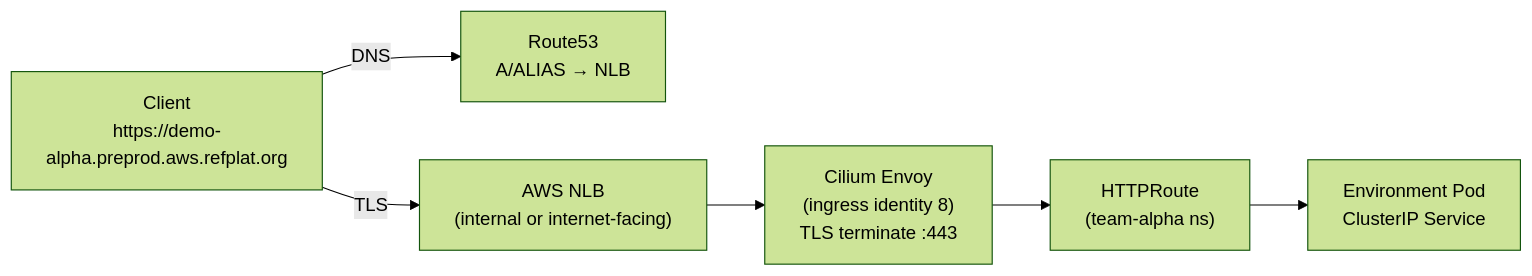
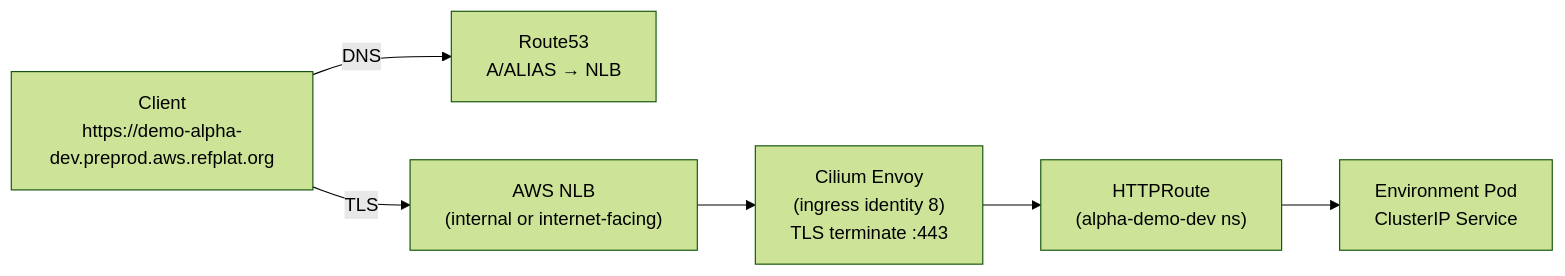
One commit to asanexample/platform changed the diagram in docs/architecture/gateway-and-ingress.md. Above: the diagram before and after it, drawn with Mermaid (forest theme). The commit also changed other lines of this file and 34 other files, not shown here.

````diff
--- a/docs/architecture/gateway-and-ingress.md
+++ b/docs/architecture/gateway-and-ingress.md
@@ -15,12 +15,12 @@
 ```mermaid
 flowchart LR
-    Client["Client<br/>https://demo-alpha.preprod.aws.refplat.org"]
+    Client["Client<br/>https://demo-alpha-dev.preprod.aws.refplat.org"]
     R53["Route53<br/>A/ALIAS → NLB"]
     NLB["AWS NLB<br/>(internal or internet-facing)"]
     Envoy["Cilium Envoy<br/>(ingress identity 8)<br/>TLS terminate :443"]
-    Route["HTTPRoute<br/>(team-alpha ns)"]
+    Route["HTTPRoute<br/>(alpha-demo-dev ns)"]
     Pod["Environment Pod<br/>ClusterIP Service"]
 
     Client -->|DNS| R53
     Client -->|TLS| NLB --> Envoy --> Route --> Pod
 ```
````
